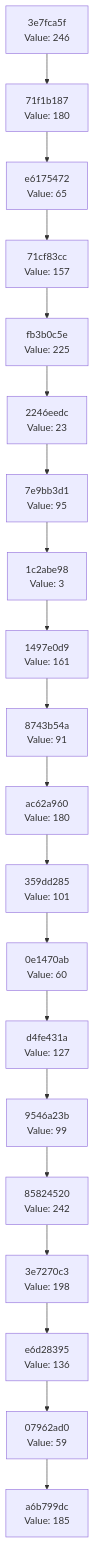
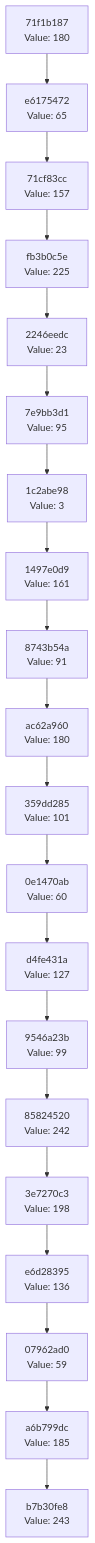
The diagram in docs/CHAIN_VISUALIZATION.md (Abhisheksinha1506/hash-chain-evolver), drawn with Mermaid before and after one commit. The commit also changed 1 other file, not shown here.

Commit message:
Evolution step: hash 0xF3 → action executed

````diff
--- a/docs/CHAIN_VISUALIZATION.md
+++ b/docs/CHAIN_VISUALIZATION.md
@@ -3,42 +3,42 @@
 ```mermaid
 graph TD
-    C0["a6b799dc<br/>Value: 185"]
-    C1["07962ad0<br/>Value: 59"]
+    C0["b7b30fe8<br/>Value: 243"]
+    C1["a6b799dc<br/>Value: 185"]
     C1 --> C0
-    C2["e6d28395<br/>Value: 136"]
+    C2["07962ad0<br/>Value: 59"]
     C2 --> C1
-    C3["3e7270c3<br/>Value: 198"]
+    C3["e6d28395<br/>Value: 136"]
     C3 --> C2
-    C4["85824520<br/>Value: 242"]
+    C4["3e7270c3<br/>Value: 198"]
     C4 --> C3
-    C5["9546a23b<br/>Value: 99"]
+    C5["85824520<br/>Value: 242"]
     C5 --> C4
-    C6["d4fe431a<br/>Value: 127"]
+    C6["9546a23b<br/>Value: 99"]
     C6 --> C5
-    C7["0e1470ab<br/>Value: 60"]
+    C7["d4fe431a<br/>Value: 127"]
     C7 --> C6
-    C8["359dd285<br/>Value: 101"]
+    C8["0e1470ab<br/>Value: 60"]
     C8 --> C7
-    C9["ac62a960<br/>Value: 180"]
+    C9["359dd285<br/>Value: 101"]
     C9 --> C8
-    C10["8743b54a<br/>Value: 91"]
+    C10["ac62a960<br/>Value: 180"]
     C10 --> C9
-    C11["1497e0d9<br/>Value: 161"]
+    C11["8743b54a<br/>Value: 91"]
     C11 --> C10
-    C12["1c2abe98<br/>Value: 3"]
+    C12["1497e0d9<br/>Value: 161"]
     C12 --> C11
-    C13["7e9bb3d1<br/>Value: 95"]
+    C13["1c2abe98<br/>Value: 3"]
     C13 --> C12
-    C14["2246eedc<br/>Value: 23"]
+    C14["7e9bb3d1<br/>Value: 95"]
     C14 --> C13
-    C15["fb3b0c5e<br/>Value: 225"]
+    C15["2246eedc<br/>Value: 23"]
     C15 --> C14
-    C16["71cf83cc<br/>Value: 157"]
+    C16["fb3b0c5e<br/>Value: 225"]
     C16 --> C15
-    C17["e6175472<br/>Value: 65"]
+    C17["71cf83cc<br/>Value: 157"]
     C17 --> C16
-    C18["71f1b187<br/>Value: 180"]
+    C18["e6175472<br/>Value: 65"]
     C18 --> C17
-    C19["3e7fca5f<br/>Value: 246"]
+    C19["71f1b187<br/>Value: 180"]
     C19 --> C18
 ```
````
